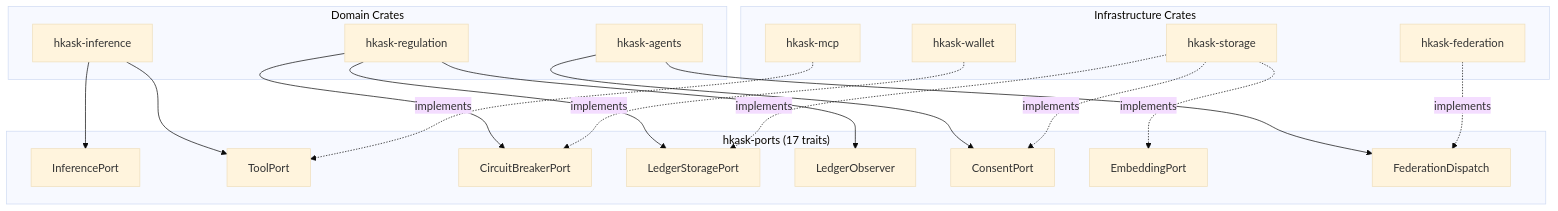
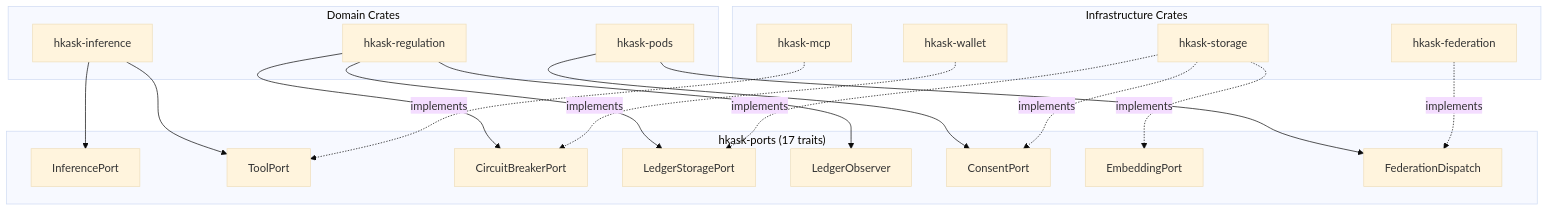
Before and after one commit to mdz-axo/hKask: the first of 15 diagrams in docs/explanation/architecture-patterns.md, drawn with Mermaid (base theme). The commit also changed other lines of this file and 22 other files, not shown here.

First line of the commit message:
Update docs for hkask-agents to hkask-pods rename

````diff
--- a/docs/explanation/architecture-patterns.md
+++ b/docs/explanation/architecture-patterns.md
@@ -62,41 +62,41 @@
 ```mermaid
 flowchart TD
     subgraph "Domain Crates"
         Regulation["hkask-regulation"]
-        AGENTS["hkask-agents"]
+        AGENTS["hkask-pods"]
         INFER["hkask-inference"]
     end
 
     subgraph "hkask-ports (17 traits)"
         IP["InferencePort"]
         TP["ToolPort"]
         CBP["CircuitBreakerPort"]
         CSP["LedgerStoragePort"]
         CNO["LedgerObserver"]
         CP["ConsentPort"]
         EP["EmbeddingPort"]
         FD["FederationDispatch"]
     end
 
     subgraph "Infrastructure Crates"
         STORE["hkask-storage"]
         MCP["hkask-mcp"]
         FED["hkask-federation"]
         WALLET["hkask-wallet"]
     end
 
     Regulation --> CBP
     Regulation --> CSP
     Regulation --> CNO
     AGENTS --> CP
     AGENTS --> FD
     INFER --> IP
     INFER --> TP
 
     STORE -.implements.-> EP
     STORE -.implements.-> CSP
     STORE -.implements.-> CP
     MCP -.implements.-> TP
     FED -.implements.-> FD
     WALLET -.implements.-> CBP
 ```
````
